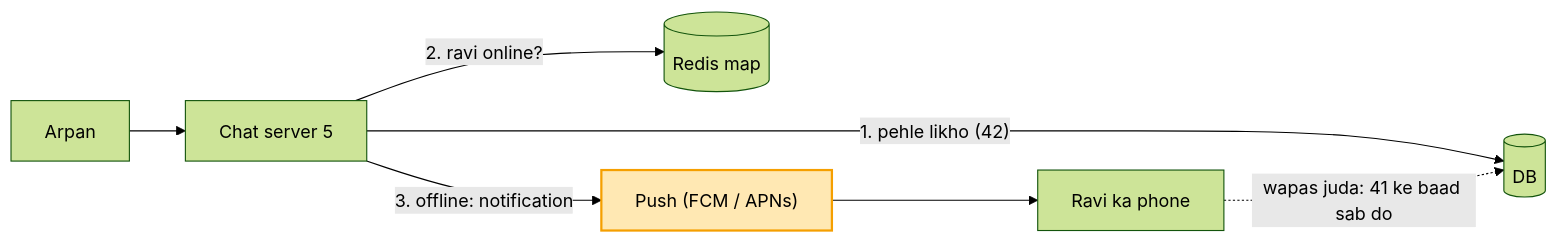
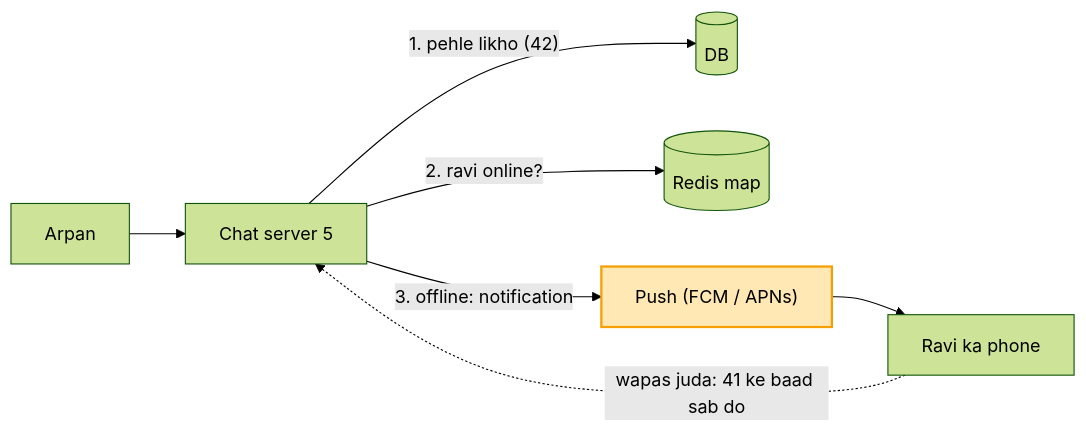
One commit to ArpanMaheshwari144/Prep changed the fourth of 11 diagrams in 04_HLD/SYSTEM_DESIGNS/14_chat_messaging/14_chat_messaging.md. Above: the diagram before and after it, drawn with Mermaid (forest theme). The commit also changed other lines of this file and 1 other file, not shown here.

Commit message:
audit: banking + chat ki seedhi galtiyan (Postgres error, message number, diagram teer, CDN, last_seen)

````diff
--- a/04_HLD/SYSTEM_DESIGNS/14_chat_messaging/14_chat_messaging.md
+++ b/04_HLD/SYSTEM_DESIGNS/14_chat_messaging/14_chat_messaging.md
@@ -186,9 +186,9 @@
 ```mermaid
 flowchart LR
     A["Arpan"] --> S5["Chat server 5"]
     S5 -- "1. pehle likho (42)" --> D[("DB")]
     S5 -- "2. ravi online?" --> R[("Redis map")]
     S5 -- "3. offline: notification" --> P["Push (FCM / APNs)"] --> RV["Ravi ka phone"]
-    RV -. "wapas juda: 41 ke baad sab do" .-> D
+    RV -. "wapas juda: 41 ke baad sab do" .-> S5
     style P fill:#ffe8b3,stroke:#f59f00,stroke-width:2px,color:#000
 ```
````
